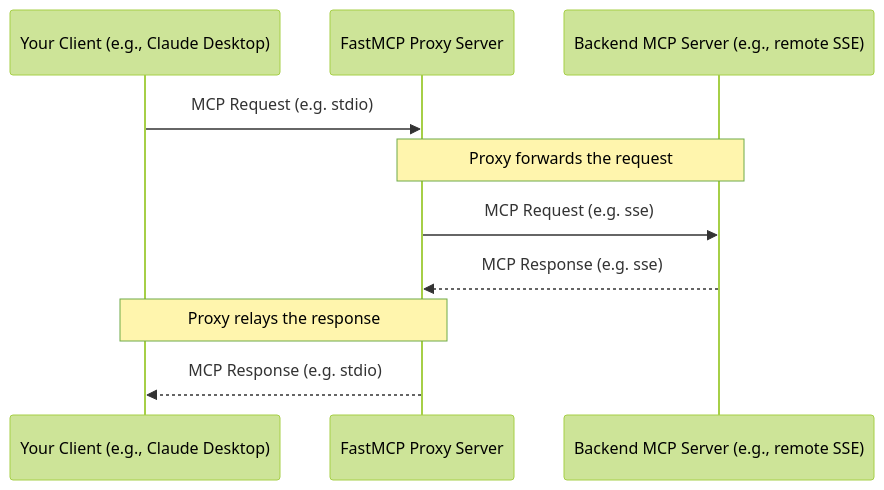
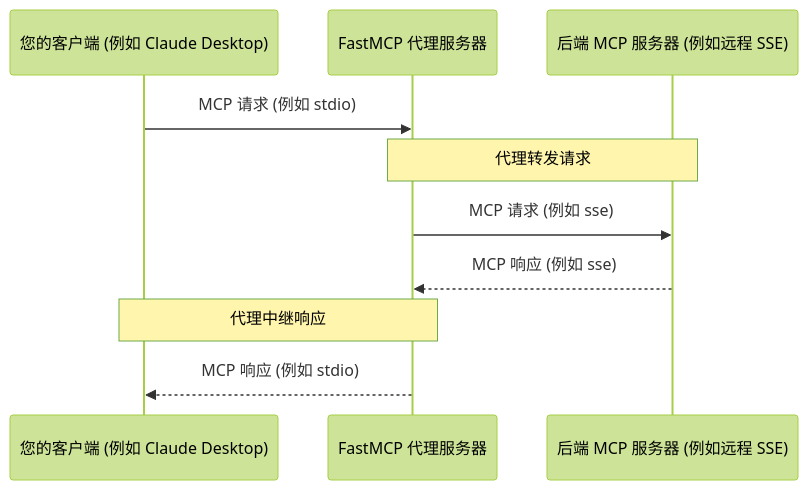
The diagram in i18n/zh/servers/proxy.mdx (Gu-f/FastmcpDocs), drawn with Mermaid (forest theme) before and after one commit. The commit also changed other lines of this file and 13 other files, not shown here.

````diff
--- a/i18n/zh/servers/proxy.mdx
+++ b/i18n/zh/servers/proxy.mdx
@@ -17,13 +17,13 @@
 ```mermaid
 sequenceDiagram
-    participant ClientApp as Your Client (e.g., Claude Desktop)
-    participant FastMCPProxy as FastMCP Proxy Server
-    participant BackendServer as Backend MCP Server (e.g., remote SSE)
+    participant ClientApp as 您的客户端 (例如 Claude Desktop)
+    participant FastMCPProxy as FastMCP 代理服务器
+    participant BackendServer as 后端 MCP 服务器 (例如远程 SSE)
 
-    ClientApp->>FastMCPProxy: MCP Request (e.g. stdio)
-    Note over FastMCPProxy, BackendServer: Proxy forwards the request
-    FastMCPProxy->>BackendServer: MCP Request (e.g. sse)
-    BackendServer-->>FastMCPProxy: MCP Response (e.g. sse)
-    Note over ClientApp, FastMCPProxy: Proxy relays the response
-    FastMCPProxy-->>ClientApp: MCP Response (e.g. stdio)
+    ClientApp->>FastMCPProxy: MCP 请求 (例如 stdio)
+    Note over FastMCPProxy, BackendServer: 代理转发请求
+    FastMCPProxy->>BackendServer: MCP 请求 (例如 sse)
+    BackendServer-->>FastMCPProxy: MCP 响应 (例如 sse)
+    Note over ClientApp, FastMCPProxy: 代理中继响应
+    FastMCPProxy-->>ClientApp: MCP 响应 (例如 stdio)
 ```
````
